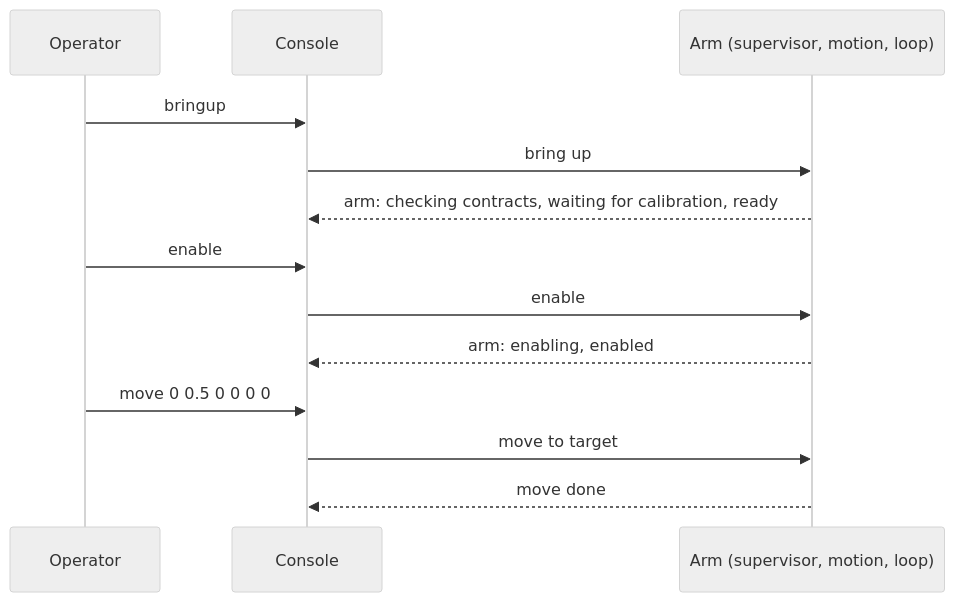
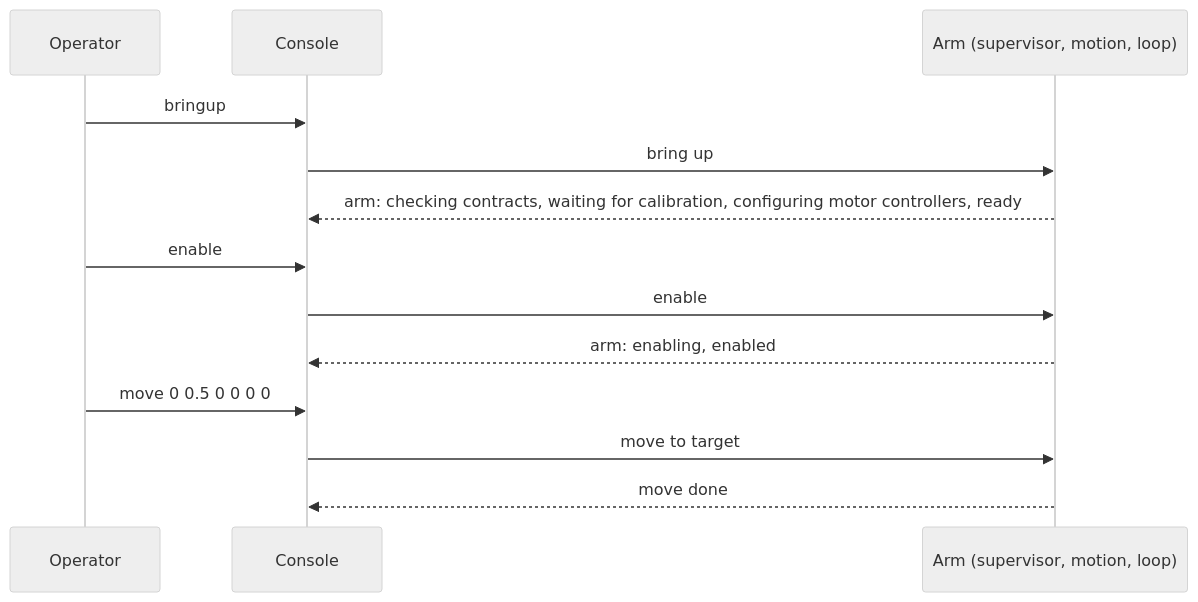
The diagram in documentation/design/arm-console.md (embedded-pro/e-robot-arm), drawn with Mermaid (neutral theme) before and after one commit. The commit also changed other lines of this file and 34 other files, not shown here.

````diff
--- a/documentation/design/arm-console.md
+++ b/documentation/design/arm-console.md
@@ -129,15 +130,15 @@
 ```mermaid
 sequenceDiagram
     participant U as Operator
     participant C as Console
     participant A as Arm (supervisor, motion, loop)
     U->>C: bringup
     C->>A: bring up
-    A-->>C: arm: checking contracts, waiting for calibration, ready
+    A-->>C: arm: checking contracts, waiting for calibration, configuring motor controllers, ready
     U->>C: enable
     C->>A: enable
     A-->>C: arm: enabling, enabled
     U->>C: move 0 0.5 0 0 0 0
     C->>A: move to target
     A-->>C: move done
 ```
````
